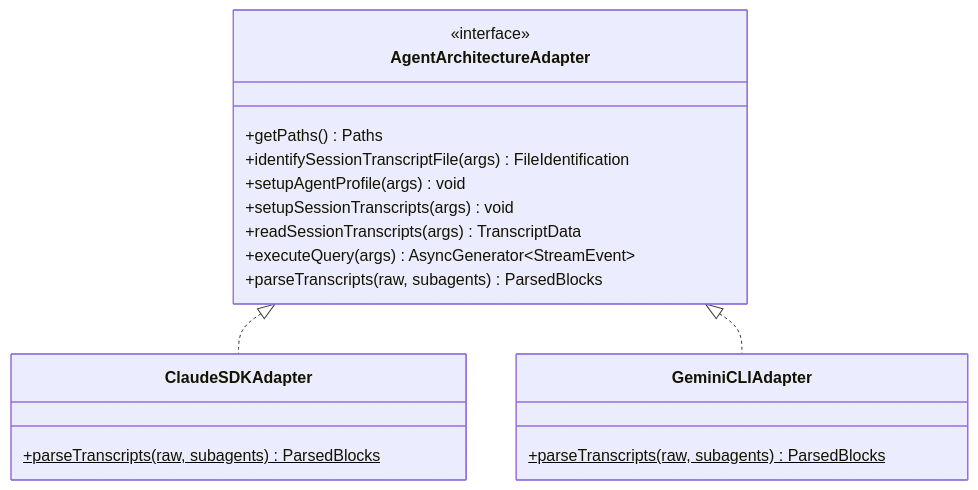
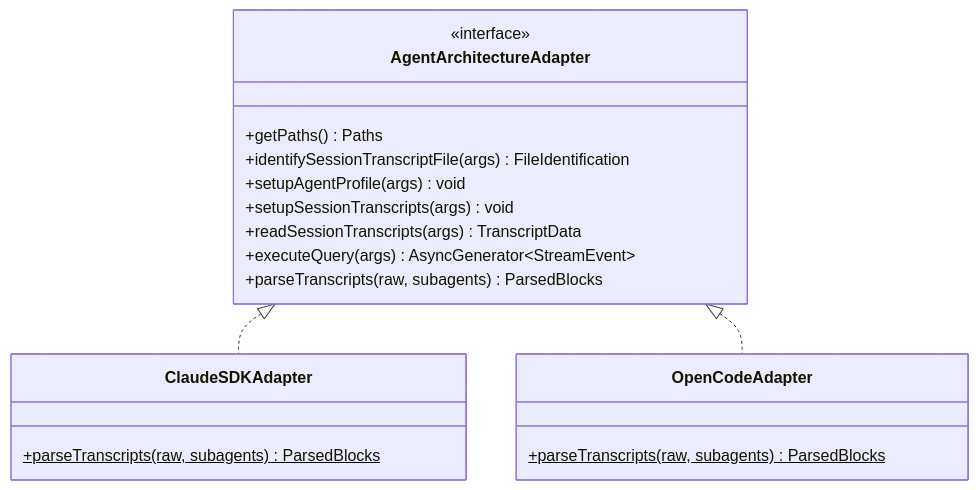
Before and after one commit to hhopkins95/agent-runtime: diagram 12 of 12 in docs/architecture.md, drawn with Mermaid. The commit also changed other lines of this file and 4 other files, not shown here.

````diff
--- a/docs/architecture.md
+++ b/docs/architecture.md
@@ -484,24 +484,24 @@
 ```mermaid
 classDiagram
     class AgentArchitectureAdapter {
         <<interface>>
         +getPaths() Paths
         +identifySessionTranscriptFile(args) FileIdentification
         +setupAgentProfile(args) void
         +setupSessionTranscripts(args) void
         +readSessionTranscripts(args) TranscriptData
         +executeQuery(args) AsyncGenerator~StreamEvent~
         +parseTranscripts(raw, subagents) ParsedBlocks
     }
 
     class ClaudeSDKAdapter {
         +parseTranscripts(raw, subagents) ParsedBlocks$
     }
 
-    class GeminiCLIAdapter {
+    class OpenCodeAdapter {
         +parseTranscripts(raw, subagents) ParsedBlocks$
     }
 
     AgentArchitectureAdapter <|.. ClaudeSDKAdapter
-    AgentArchitectureAdapter <|.. GeminiCLIAdapter
+    AgentArchitectureAdapter <|.. OpenCodeAdapter
 ```
````
